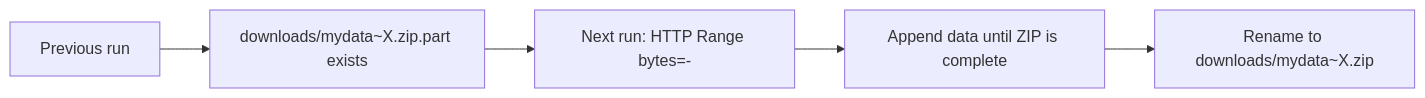
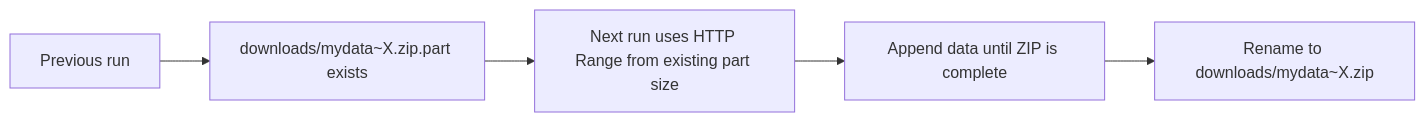
The second of 3 diagrams in README.md (Metaheurist/SnapMem), drawn with Mermaid before and after one commit. The commit also changed other lines of this file and 1 other file, not shown here.

First line of the commit message:
Add README app screenshot and fix Mermaid diagram rendering.

````diff
--- a/README.md
+++ b/README.md
@@ -83,7 +87,7 @@
 ```mermaid
 flowchart LR
   X[Previous run] --> Y[downloads/mydata~X.zip.part exists]
-  Y --> Z[Next run: HTTP Range bytes=<part-size>-]
+  Y --> Z["Next run uses HTTP Range from existing part size"]
   Z --> W[Append data until ZIP is complete]
   W --> U[Rename to downloads/mydata~X.zip]
 ```
````
